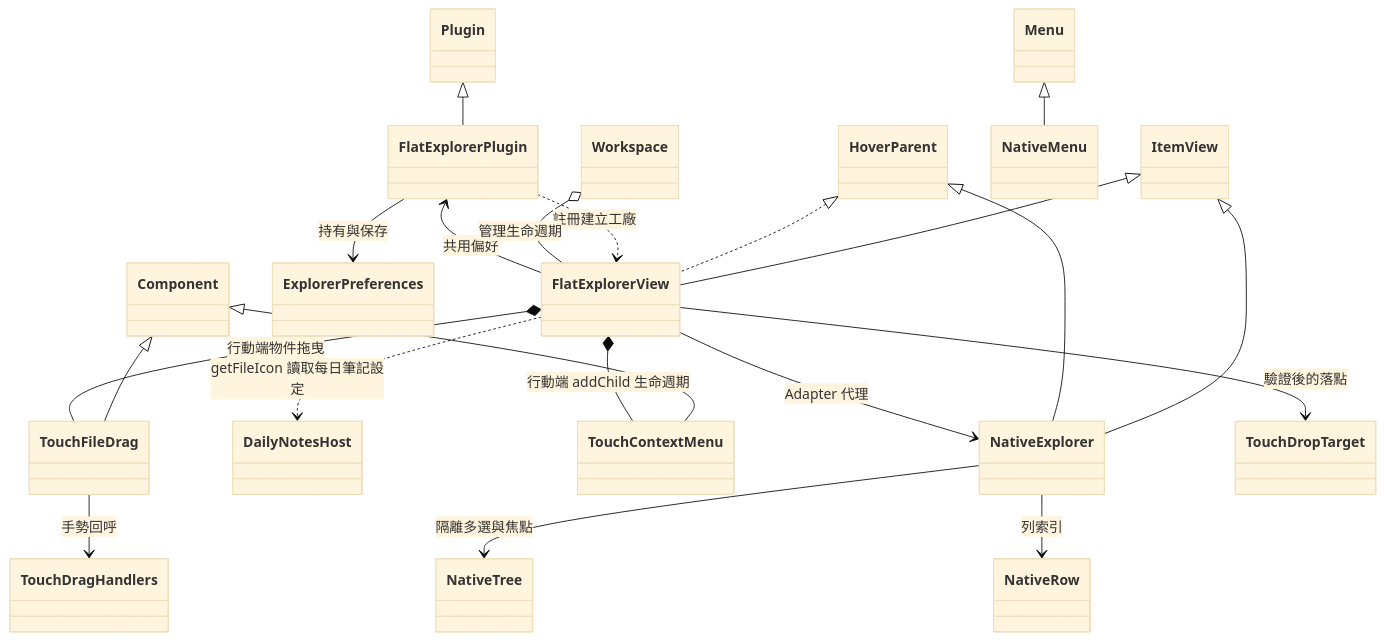
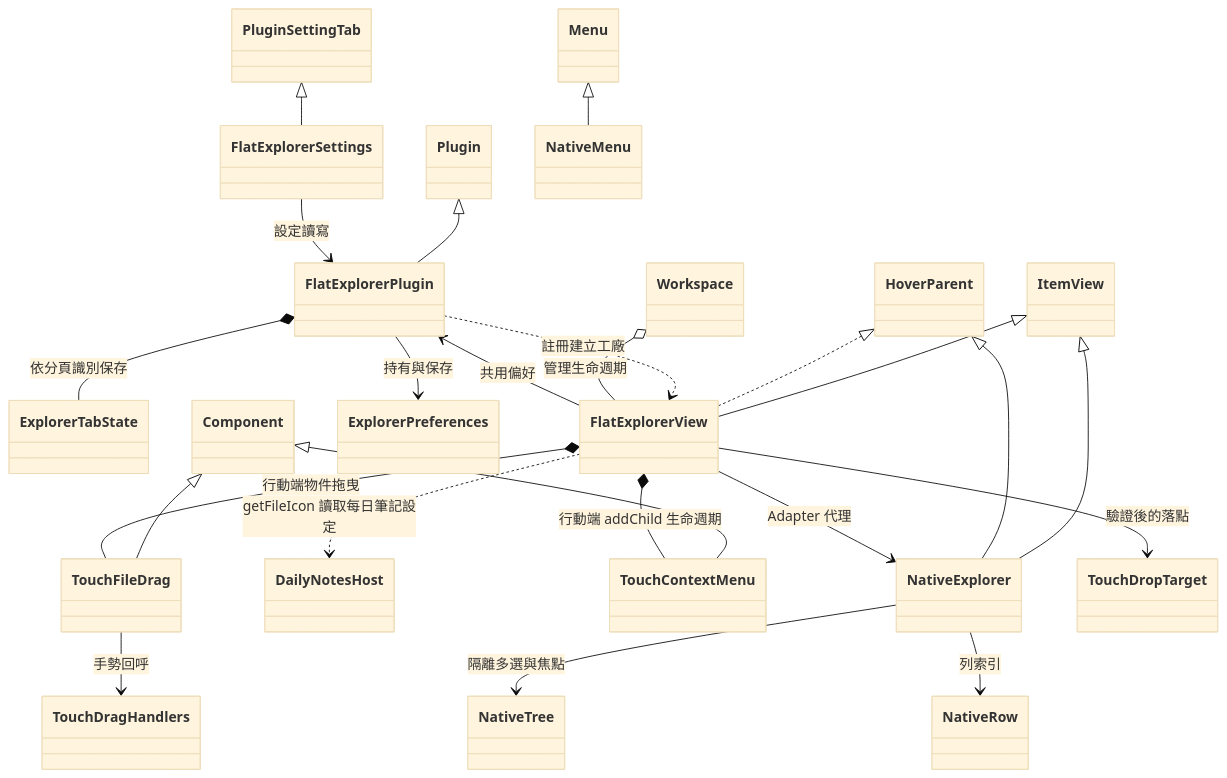
One commit to MiuDog/FlatExplorer changed the first of 12 diagrams in architecture.md. Above: the diagram before and after it, drawn with Mermaid (base theme). The commit also changed other lines of this file and 8 other files, not shown here.

Commit message:
Remember explorer state per tab and preload mobile drawer

````diff
--- a/architecture.md
+++ b/architecture.md
@@ -23,23 +25,26 @@
 ```mermaid
 classDiagram
 	Plugin <|-- FlatExplorerPlugin
+	PluginSettingTab <|-- FlatExplorerSettings
+	FlatExplorerSettings --> FlatExplorerPlugin : 設定讀寫
+	FlatExplorerPlugin *-- ExplorerTabState : 依分頁識別保存
 	ItemView <|-- FlatExplorerView
 	HoverParent <|.. FlatExplorerView
 	ItemView <|-- NativeExplorer
 	HoverParent <|-- NativeExplorer
 	Menu <|-- NativeMenu
 	FlatExplorerPlugin --> ExplorerPreferences : 持有與保存
 	FlatExplorerPlugin ..> FlatExplorerView : 註冊建立工廠
 	FlatExplorerView --> FlatExplorerPlugin : 共用偏好
 	FlatExplorerView --> NativeExplorer : Adapter 代理
 	FlatExplorerView ..> DailyNotesHost : getFileIcon 讀取每日筆記設定
 	Component <|-- TouchContextMenu
 	FlatExplorerView *-- TouchContextMenu : 行動端 addChild 生命週期
 	Component <|-- TouchFileDrag
 	FlatExplorerView *-- TouchFileDrag : 行動端物件拖曳
 	TouchFileDrag --> TouchDragHandlers : 手勢回呼
 	FlatExplorerView --> TouchDropTarget : 驗證後的落點
 	NativeExplorer --> NativeTree : 隔離多選與焦點
 	NativeExplorer --> NativeRow : 列索引
 	Workspace o-- FlatExplorerView : 管理生命週期
 ```
````
